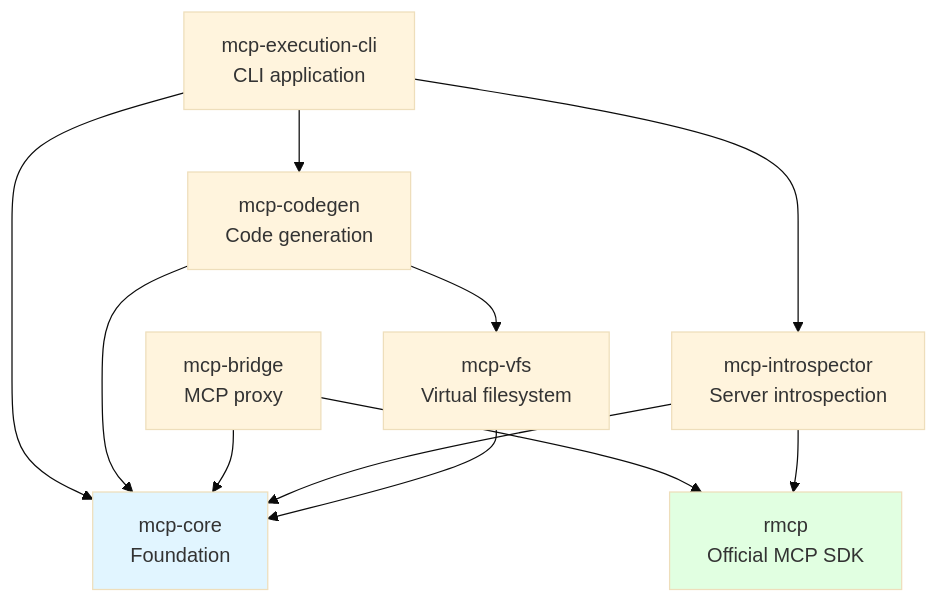
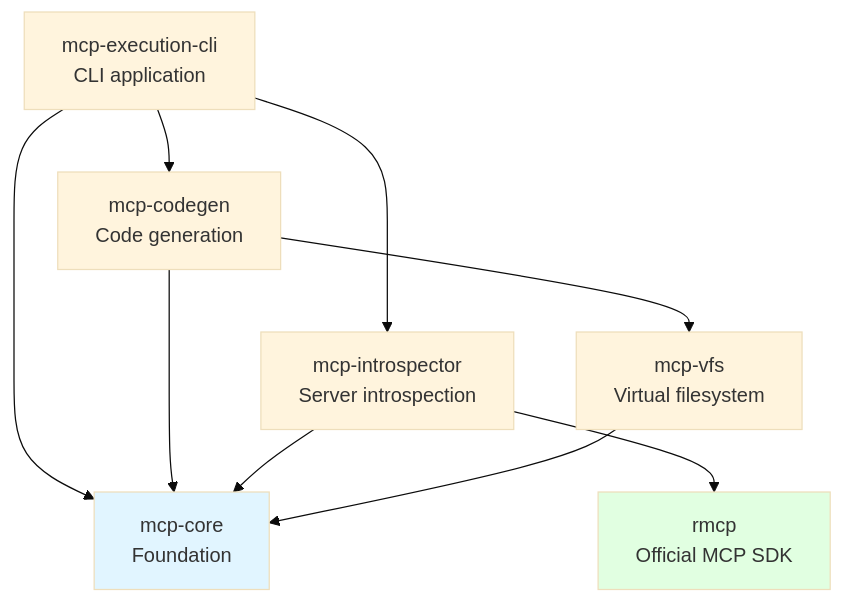
Before and after one commit to bug-ops/mcp-execution: the diagram in docs/ARCHITECTURE.md, drawn with Mermaid (base theme). The commit also changed other lines of this file and 12 other files, not shown here.

First line of the commit message:
refactor: remove mcp-bridge crate (5 crates architecture)

````diff
--- a/docs/ARCHITECTURE.md
+++ b/docs/ARCHITECTURE.md
@@ -77,20 +76,17 @@
 ```mermaid
 graph TD
     CLI[mcp-execution-cli<br/>CLI application] --> CODEGEN[mcp-codegen<br/>Code generation]
     CLI --> INTRO[mcp-introspector<br/>Server introspection]
     CLI --> CORE[mcp-core<br/>Foundation]
 
     CODEGEN --> VFS[mcp-vfs<br/>Virtual filesystem]
     CODEGEN --> CORE
 
-    BRIDGE[mcp-bridge<br/>MCP proxy] --> RMCP[rmcp<br/>Official MCP SDK]
-    BRIDGE --> CORE
-
-    INTRO --> RMCP
+    INTRO --> RMCP[rmcp<br/>Official MCP SDK]
     INTRO --> CORE
 
     VFS --> CORE
 
     style CORE fill:#e1f5ff
     style RMCP fill:#e1ffe1
 ```
````
